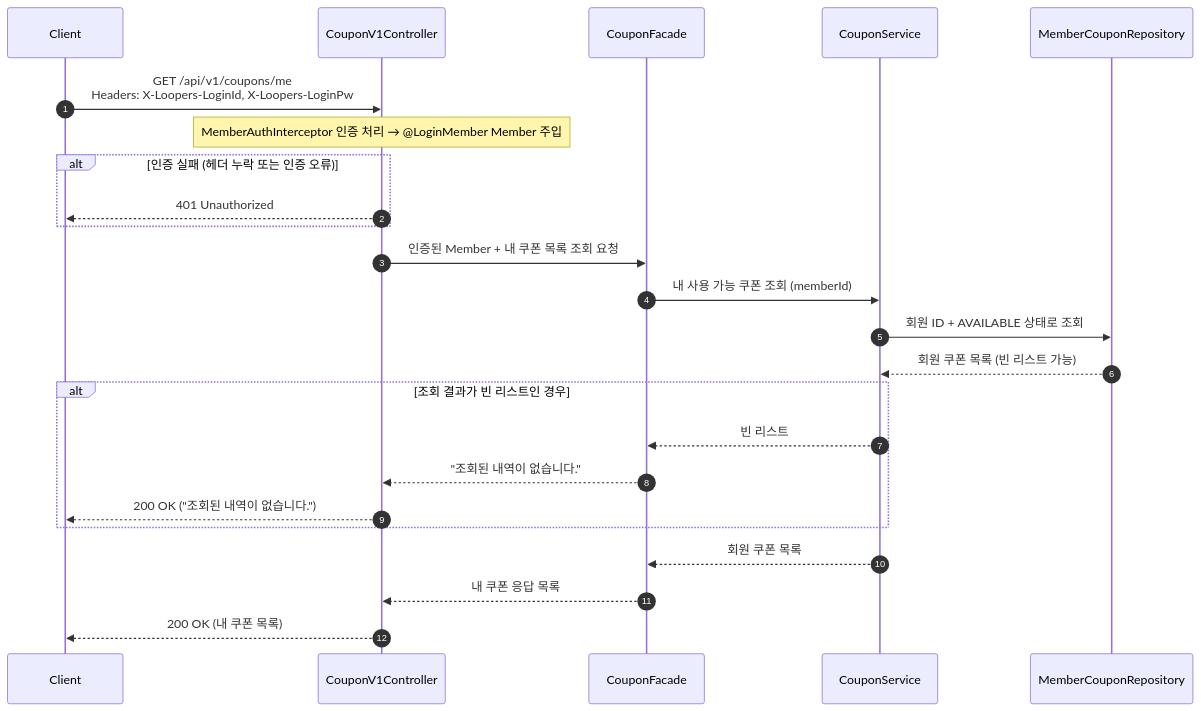
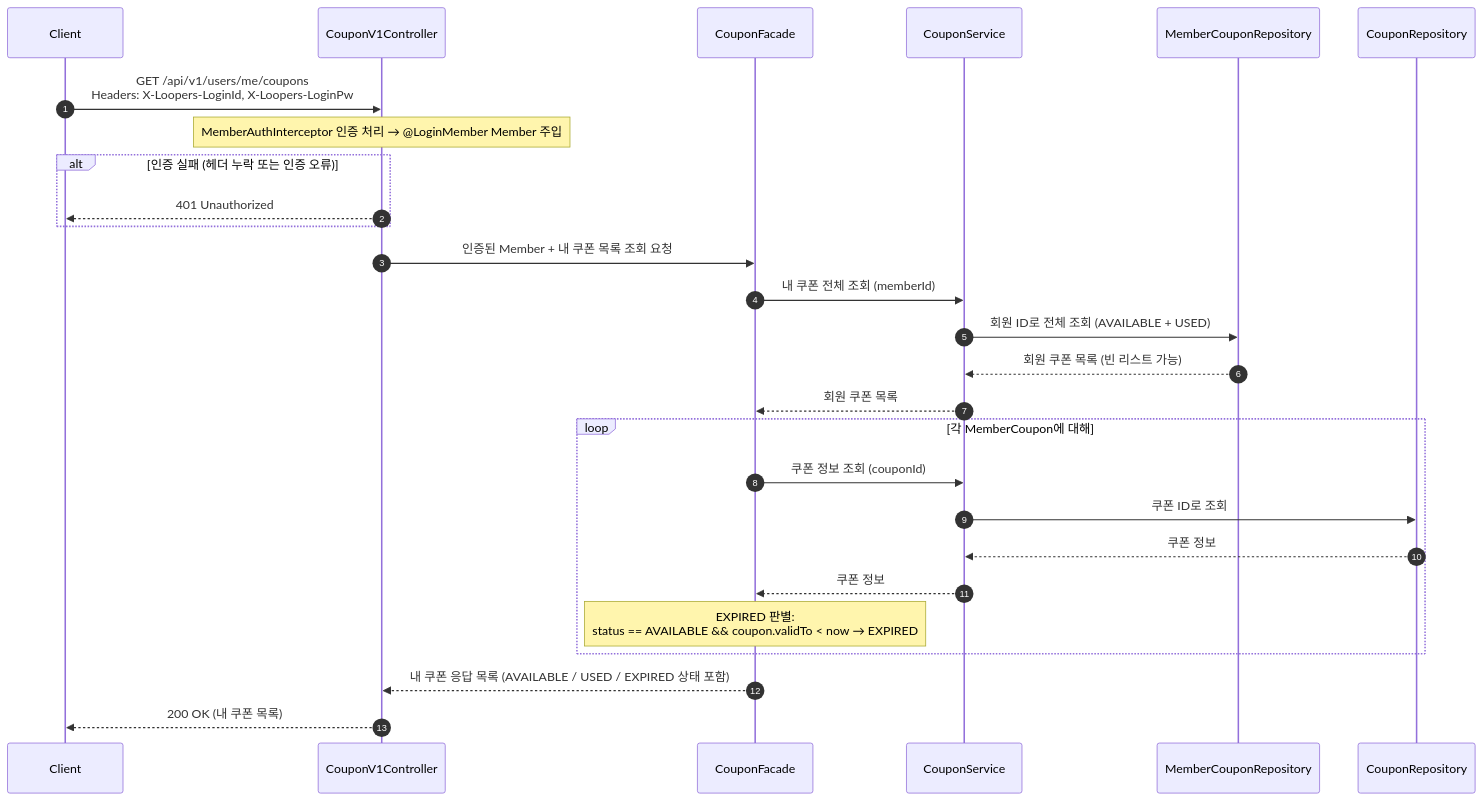
Before and after one commit to jsj1215/loop-pack-be-l2-vol3-java: diagram 13 of 30 in docs/design/02-sequence-diagrams.md, drawn with Mermaid. The commit also changed other lines of this file and 3 other files, not shown here.

````diff
--- a/docs/design/02-sequence-diagrams.md
+++ b/docs/design/02-sequence-diagrams.md
@@ -664,31 +664,34 @@
 ```mermaid
 sequenceDiagram
     autonumber
     participant Client
     participant Controller as CouponV1Controller
     participant Facade as CouponFacade
     participant Service as CouponService
-    participant Repository as MemberCouponRepository
+    participant MemberCouponRepo as MemberCouponRepository
+    participant CouponRepo as CouponRepository
 
-    Client->>Controller: GET /api/v1/coupons/me<br/>Headers: X-Loopers-LoginId, X-Loopers-LoginPw
+    Client->>Controller: GET /api/v1/users/me/coupons<br/>Headers: X-Loopers-LoginId, X-Loopers-LoginPw
 
     Note over Controller: MemberAuthInterceptor 인증 처리 → @LoginMember Member 주입
     alt 인증 실패 (헤더 누락 또는 인증 오류)
         Controller-->>Client: 401 Unauthorized
     end
 
     Controller->>Facade: 인증된 Member + 내 쿠폰 목록 조회 요청
-    Facade->>Service: 내 사용 가능 쿠폰 조회 (memberId)
-    Service->>Repository: 회원 ID + AVAILABLE 상태로 조회
-    Repository-->>Service: 회원 쿠폰 목록 (빈 리스트 가능)
+    Facade->>Service: 내 쿠폰 전체 조회 (memberId)
+    Service->>MemberCouponRepo: 회원 ID로 전체 조회 (AVAILABLE + USED)
+    MemberCouponRepo-->>Service: 회원 쿠폰 목록 (빈 리스트 가능)
+    Service-->>Facade: 회원 쿠폰 목록
 
-    alt 조회 결과가 빈 리스트인 경우
-        Service-->>Facade: 빈 리스트
-        Facade-->>Controller: "조회된 내역이 없습니다."
-        Controller-->>Client: 200 OK ("조회된 내역이 없습니다.")
+    loop 각 MemberCoupon에 대해
+        Facade->>Service: 쿠폰 정보 조회 (couponId)
+        Service->>CouponRepo: 쿠폰 ID로 조회
+        CouponRepo-->>Service: 쿠폰 정보
+        Service-->>Facade: 쿠폰 정보
+        Note over Facade: EXPIRED 판별:<br/>status == AVAILABLE && coupon.validTo < now → EXPIRED
     end
 
-    Service-->>Facade: 회원 쿠폰 목록
-    Facade-->>Controller: 내 쿠폰 응답 목록
+    Facade-->>Controller: 내 쿠폰 응답 목록 (AVAILABLE / USED / EXPIRED 상태 포함)
     Controller-->>Client: 200 OK (내 쿠폰 목록)
 ```
````
